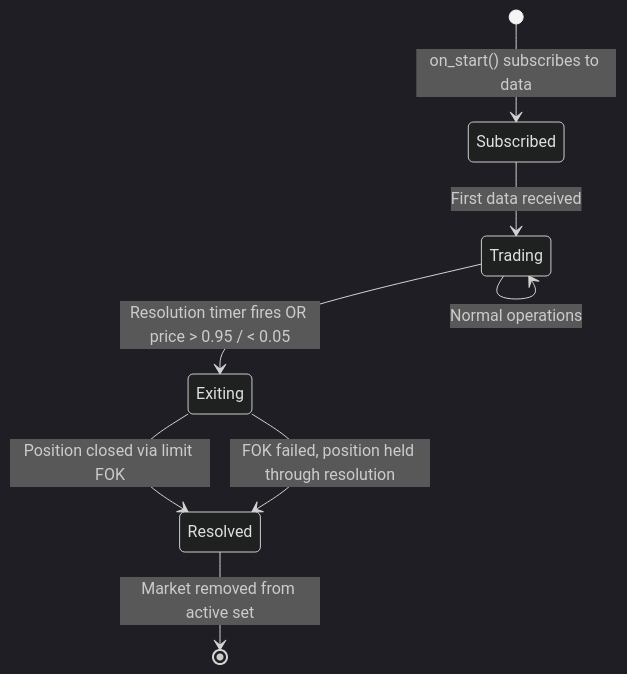
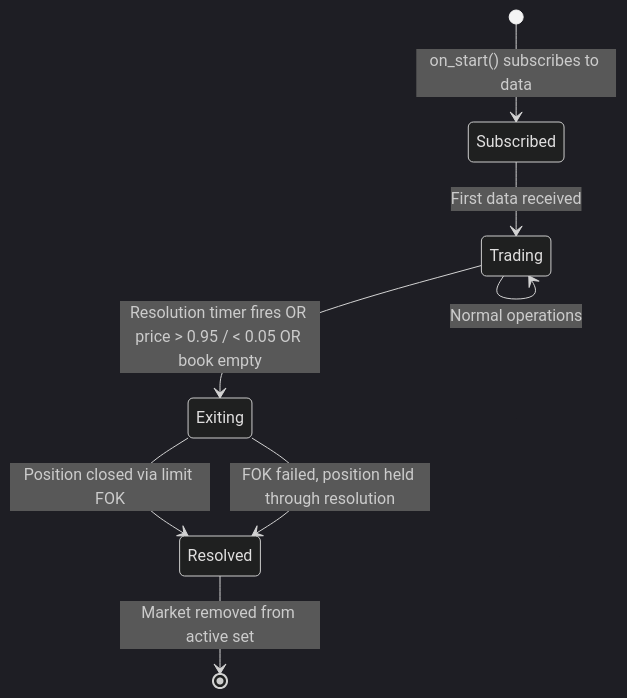
One commit to JSai23/nautilus_trader changed the fifth of 8 diagrams in agents/PLAN.md. Above: the diagram before and after it, drawn with Mermaid (dark theme). The commit also changed other lines of this file and 7 other files, not shown here.

````diff
--- a/agents/PLAN.md
+++ b/agents/PLAN.md
@@ -1063,10 +1049,10 @@
 ```mermaid
 stateDiagram-v2
     [*] --> Subscribed: on_start() subscribes to data
     Subscribed --> Trading: First data received
     Trading --> Trading: Normal operations
-    Trading --> Exiting: Resolution timer fires OR price > 0.95 / < 0.05
+    Trading --> Exiting: Resolution timer fires OR price > 0.95 / < 0.05 OR book empty
     Exiting --> Resolved: Position closed via limit FOK
     Exiting --> Resolved: FOK failed, position held through resolution
     Resolved --> [*]: Market removed from active set
 ```
````
